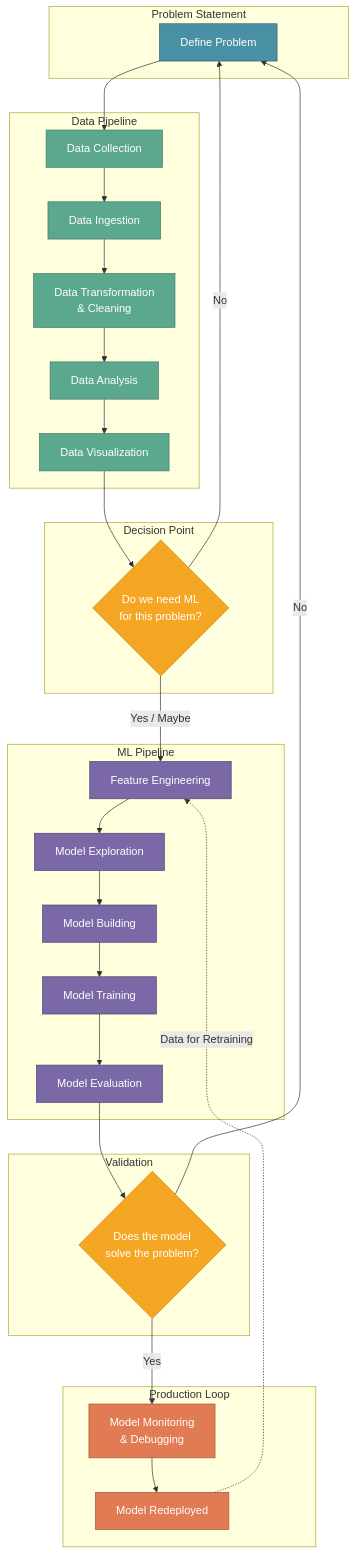
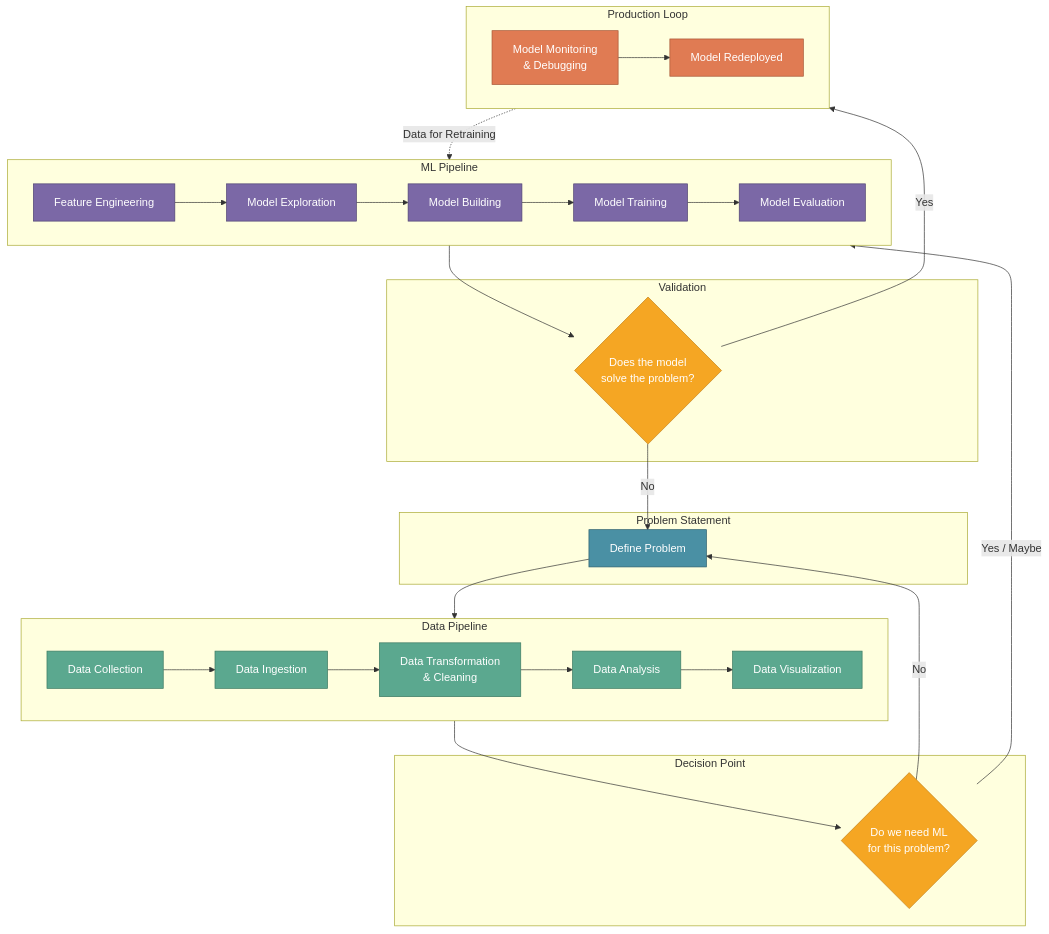
One commit to vinaykagithapu/vinay.github.io changed the first of 2 diagrams in docs/mlops/mlops-fundamentals/7-mlops-architecture.md. Above: the diagram before and after it, drawn with Mermaid. The commit also changed other lines of this file and 4 other files, not shown here.

Commit message:
Enhance MLOps documentation by centering mermaid diagrams across multiple sections, improving visual consistency and readability. Updates include the introduction of centered diagrams in the Getting Started, MLOps Engineer Role, MLOps Lifecycle, MLOps Tools, and MLOps Architecture documents.

````diff
--- a/docs/mlops/mlops-fundamentals/7-mlops-architecture.md
+++ b/docs/mlops/mlops-fundamentals/7-mlops-architecture.md
@@ -29,73 +30,76 @@
 ```mermaid
-flowchart TB
+flowchart TD
     subgraph Problem["Problem Statement"]
         PS[Define Problem]
     end
     
     subgraph DataPipeline["Data Pipeline"]
+        direction LR
         DC[Data Collection]
         DI[Data Ingestion]
         DT[Data Transformation<br/>& Cleaning]
         DA[Data Analysis]
         DV[Data Visualization]
     end
     
     subgraph Decision1["Decision Point"]
         Q1{Do we need ML<br/>for this problem?}
     end
     
     subgraph MLPipeline["ML Pipeline"]
+        direction LR
         FE[Feature Engineering]
         ME[Model Exploration]
         MB[Model Building]
         MT[Model Training]
         MEval[Model Evaluation]
     end
     
     subgraph Decision2["Validation"]
         Q2{Does the model<br/>solve the problem?}
     end
     
     subgraph Production["Production Loop"]
+        direction LR
         MM[Model Monitoring<br/>& Debugging]
         MR[Model Redeployed]
     end
     
     PS --> DC
     DC --> DI
     DI --> DT
     DT --> DA
     DA --> DV
     DV --> Q1
     
     Q1 -->|No| PS
     Q1 -->|Yes / Maybe| FE
     
     FE --> ME
     ME --> MB
     MB --> MT
     MT --> MEval
     MEval --> Q2
     
     Q2 -->|No| PS
     Q2 -->|Yes| MM
     
     MM --> MR
     MR -.->|Data for Retraining| FE
     
     style PS fill:#4A90A4,stroke:#2C5F6E,color:#fff
     style DC fill:#5BA88F,stroke:#3D7A62,color:#fff
     style DI fill:#5BA88F,stroke:#3D7A62,color:#fff
     style DT fill:#5BA88F,stroke:#3D7A62,color:#fff
     style DA fill:#5BA88F,stroke:#3D7A62,color:#fff
     style DV fill:#5BA88F,stroke:#3D7A62,color:#fff
     style FE fill:#7B68A6,stroke:#4E4272,color:#fff
     style ME fill:#7B68A6,stroke:#4E4272,color:#fff
     style MB fill:#7B68A6,stroke:#4E4272,color:#fff
     style MT fill:#7B68A6,stroke:#4E4272,color:#fff
     style MEval fill:#7B68A6,stroke:#4E4272,color:#fff
     style MM fill:#E07B53,stroke:#A65535,color:#fff
     style MR fill:#E07B53,stroke:#A65535,color:#fff
     style Q1 fill:#F5A623,stroke:#C4841D,color:#fff
     style Q2 fill:#F5A623,stroke:#C4841D,color:#fff
 ```
````
